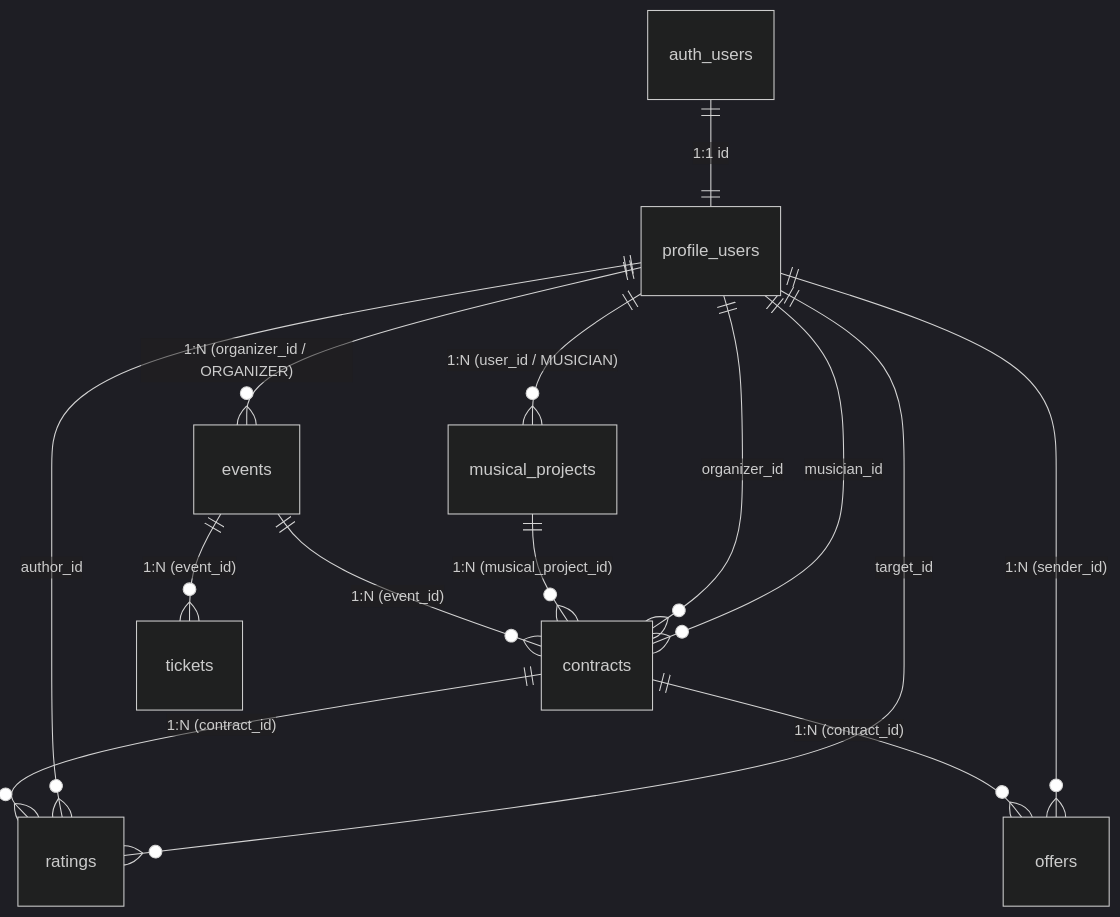
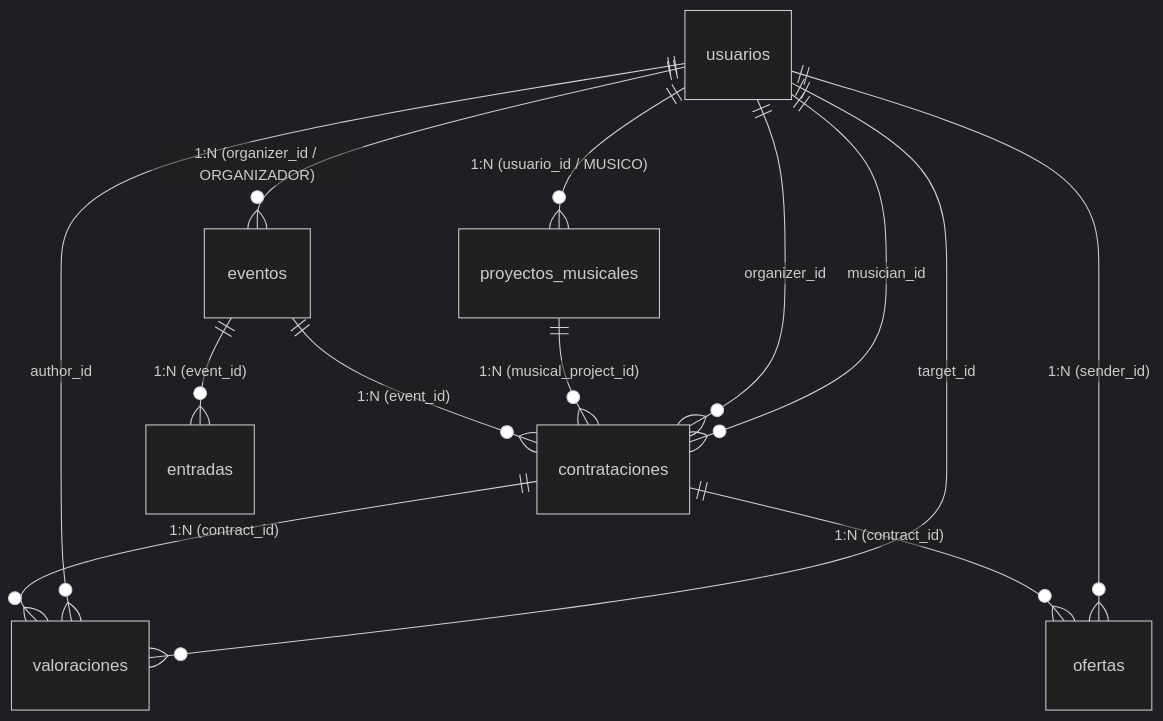
Before and after one commit to Terrazzino/ARMATUPOGO: the diagram in docs/DATABASE.md, drawn with Mermaid (dark theme). The commit also changed other lines of this file and 56 other files, not shown here.

````diff
--- a/docs/DATABASE.md
+++ b/docs/DATABASE.md
@@ -14,16 +15,15 @@
 ```mermaid
 erDiagram
-    auth_users ||--|| profile_users : "1:1 id"
-    profile_users ||--o{ musical_projects : "1:N (user_id / MUSICIAN)"
-    profile_users ||--o{ events : "1:N (organizer_id / ORGANIZER)"
-    events ||--o{ contracts : "1:N (event_id)"
-    musical_projects ||--o{ contracts : "1:N (musical_project_id)"
-    profile_users ||--o{ contracts : "organizer_id"
-    profile_users ||--o{ contracts : "musician_id"
-    contracts ||--o{ offers : "1:N (contract_id)"
-    profile_users ||--o{ offers : "1:N (sender_id)"
-    contracts ||--o{ ratings : "1:N (contract_id)"
-    profile_users ||--o{ ratings : "author_id"
-    profile_users ||--o{ ratings : "target_id"
-    events ||--o{ tickets : "1:N (event_id)"
+    usuarios ||--o{ proyectos_musicales : "1:N (usuario_id / MUSICO)"
+    usuarios ||--o{ eventos : "1:N (organizer_id / ORGANIZADOR)"
+    eventos ||--o{ contrataciones : "1:N (event_id)"
+    proyectos_musicales ||--o{ contrataciones : "1:N (musical_project_id)"
+    usuarios ||--o{ contrataciones : "organizer_id"
+    usuarios ||--o{ contrataciones : "musician_id"
+    contrataciones ||--o{ ofertas : "1:N (contract_id)"
+    usuarios ||--o{ ofertas : "1:N (sender_id)"
+    contrataciones ||--o{ valoraciones : "1:N (contract_id)"
+    usuarios ||--o{ valoraciones : "author_id"
+    usuarios ||--o{ valoraciones : "target_id"
+    eventos ||--o{ entradas : "1:N (event_id)"
 ```
````
